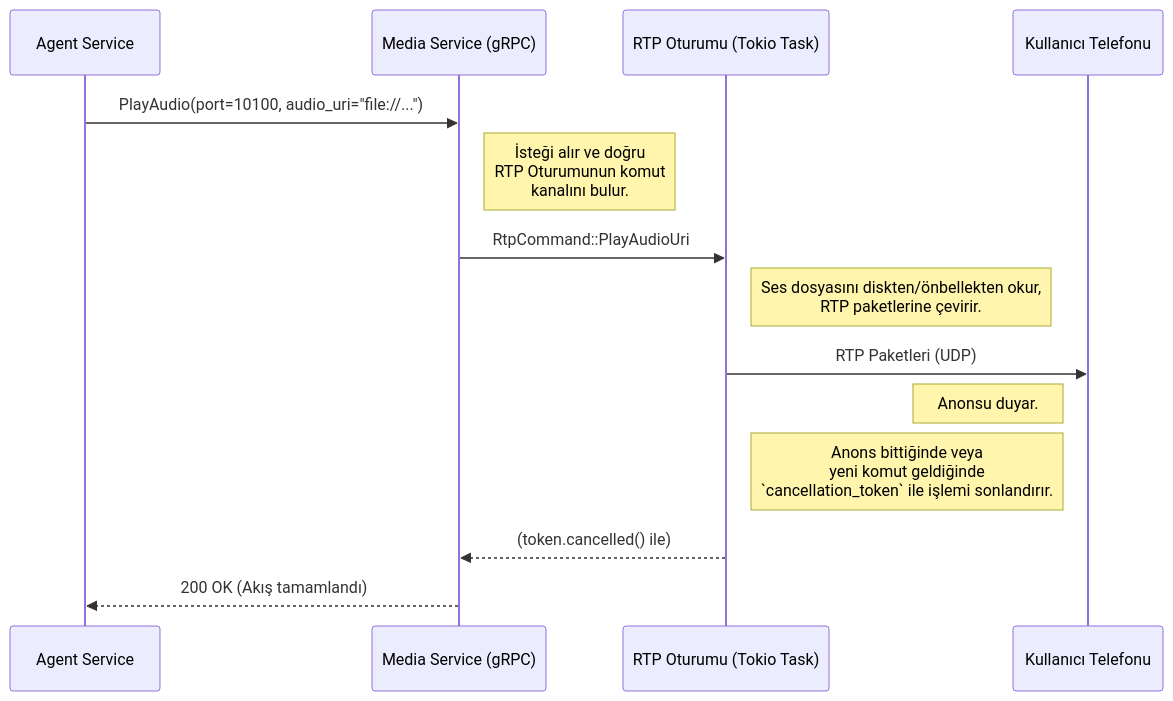
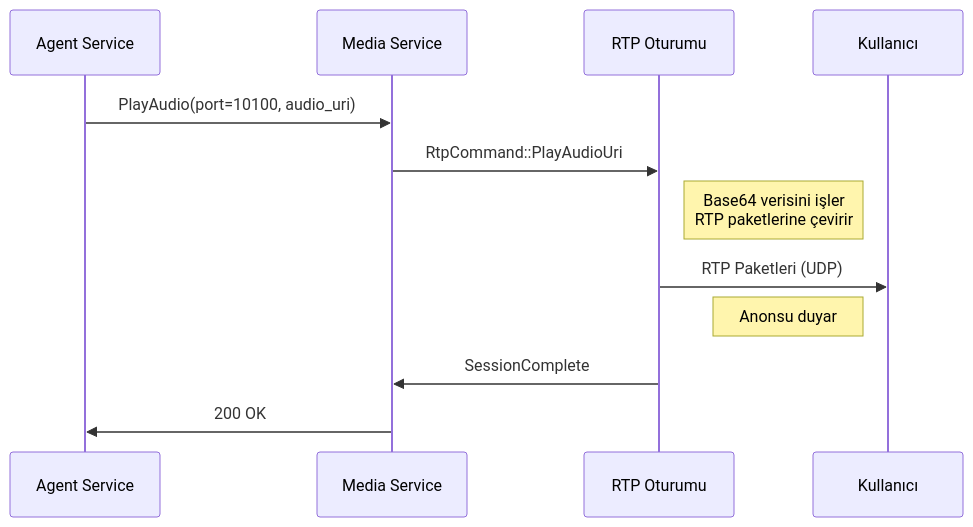
The first of 3 diagrams in LOGIC.md (sentiric/sentiric-media-service), drawn with Mermaid before and after one commit. The commit also changed other lines of this file and 1 other file, not shown here.

````diff
--- a/LOGIC.md
+++ b/LOGIC.md
@@ -34,24 +41,15 @@
 ```mermaid
 sequenceDiagram
-    participant AgentService as Agent Service
-    participant MediaService as Media Service (gRPC)
-    participant RtpSession as RTP Oturumu (Tokio Task)
-    participant User as Kullanıcı Telefonu
+    participant A as Agent Service
+    participant M as Media Service
+    participant R as RTP Oturumu
+    participant U as Kullanıcı
 
-    AgentService->>MediaService: PlayAudio(port=10100, audio_uri="file://...")
-    
-    Note right of MediaService: İsteği alır ve doğru <br> RTP Oturumunun komut <br> kanalını bulur.
-
-    MediaService->>RtpSession: RtpCommand::PlayAudioUri
-    
-    Note right of RtpSession: Ses dosyasını diskten/önbellekten okur, <br> RTP paketlerine çevirir.
-
-    RtpSession->>User: RTP Paketleri (UDP)
-    
-    Note left of User: Anonsu duyar.
-    
-    Note right of RtpSession: Anons bittiğinde veya <br> yeni komut geldiğinde <br> `cancellation_token` ile işlemi sonlandırır.
-    
-    RtpSession-->>MediaService: (token.cancelled() ile)
-    MediaService-->>AgentService: 200 OK (Akış tamamlandı)
+    A->>M: PlayAudio(port=10100, audio_uri)
+    M->>R: RtpCommand::PlayAudioUri
+    Note right of R: Base64 verisini işler<br>RTP paketlerine çevirir
+    R->>U: RTP Paketleri (UDP)
+    Note left of U: Anonsu duyar
+    R->>M: SessionComplete
+    M->>A: 200 OK
 ```
````
